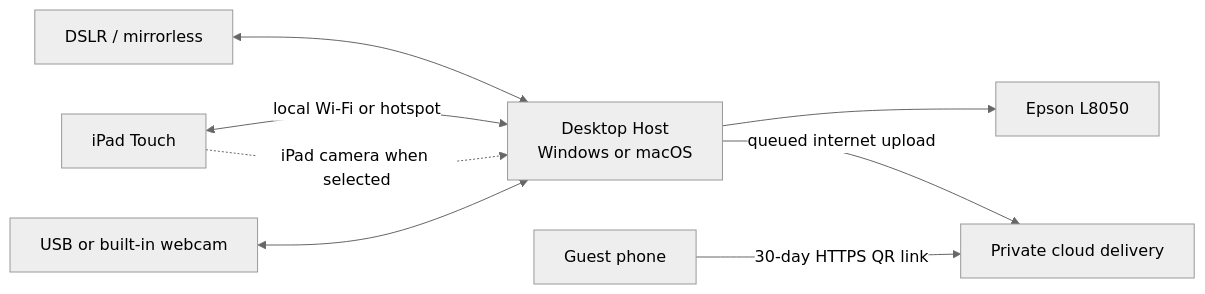
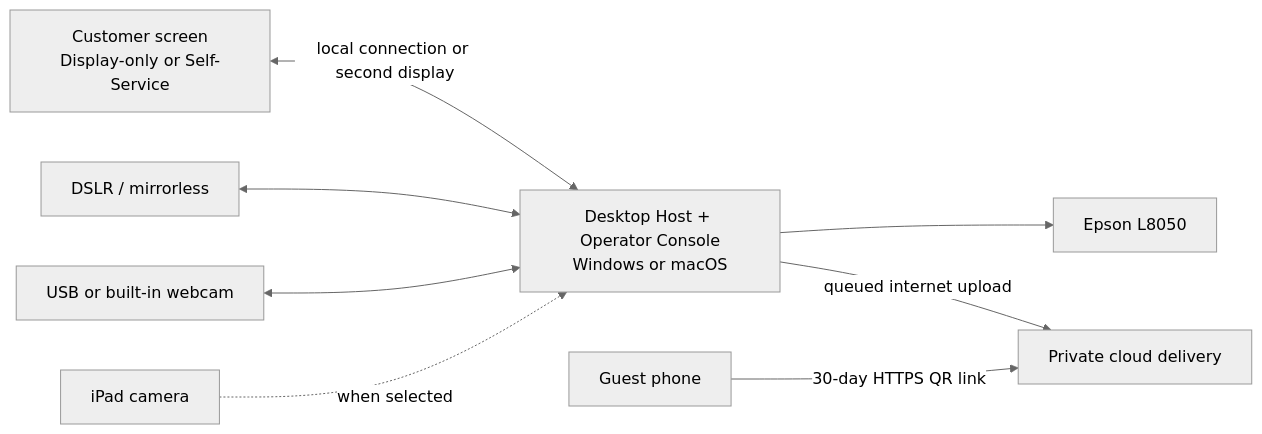
One commit to kurge/WanderBooth changed the diagram in WanderBooth - Product Plan and Feature Specification.md. Above: the diagram before and after it, drawn with Mermaid (neutral theme). The commit also changed other lines of this file and 7 other files, not shown here.

````diff
--- a/WanderBooth - Product Plan and Feature Specification.md
+++ b/WanderBooth - Product Plan and Feature Specification.md
@@ -443,10 +520,10 @@
 ```mermaid
 flowchart LR
-    I["iPad Touch"] <-->|"local Wi-Fi or hotspot"| H["Desktop Host<br/>Windows or macOS"]
+    S["Customer screen<br/>Display-only or Self-Service"] <-->|"local connection or second display"| H["Desktop Host + Operator Console<br/>Windows or macOS"]
     F["DSLR / mirrorless"] <--> H
     W["USB or built-in webcam"] <--> H
-    I -.->|"iPad camera when selected"| H
+    I["iPad camera"] -.->|"when selected"| H
     H --> P["Epson L8050"]
     H -->|"queued internet upload"| D["Private cloud delivery"]
     G["Guest phone"] -->|"30-day HTTPS QR link"| D
 ```
````
